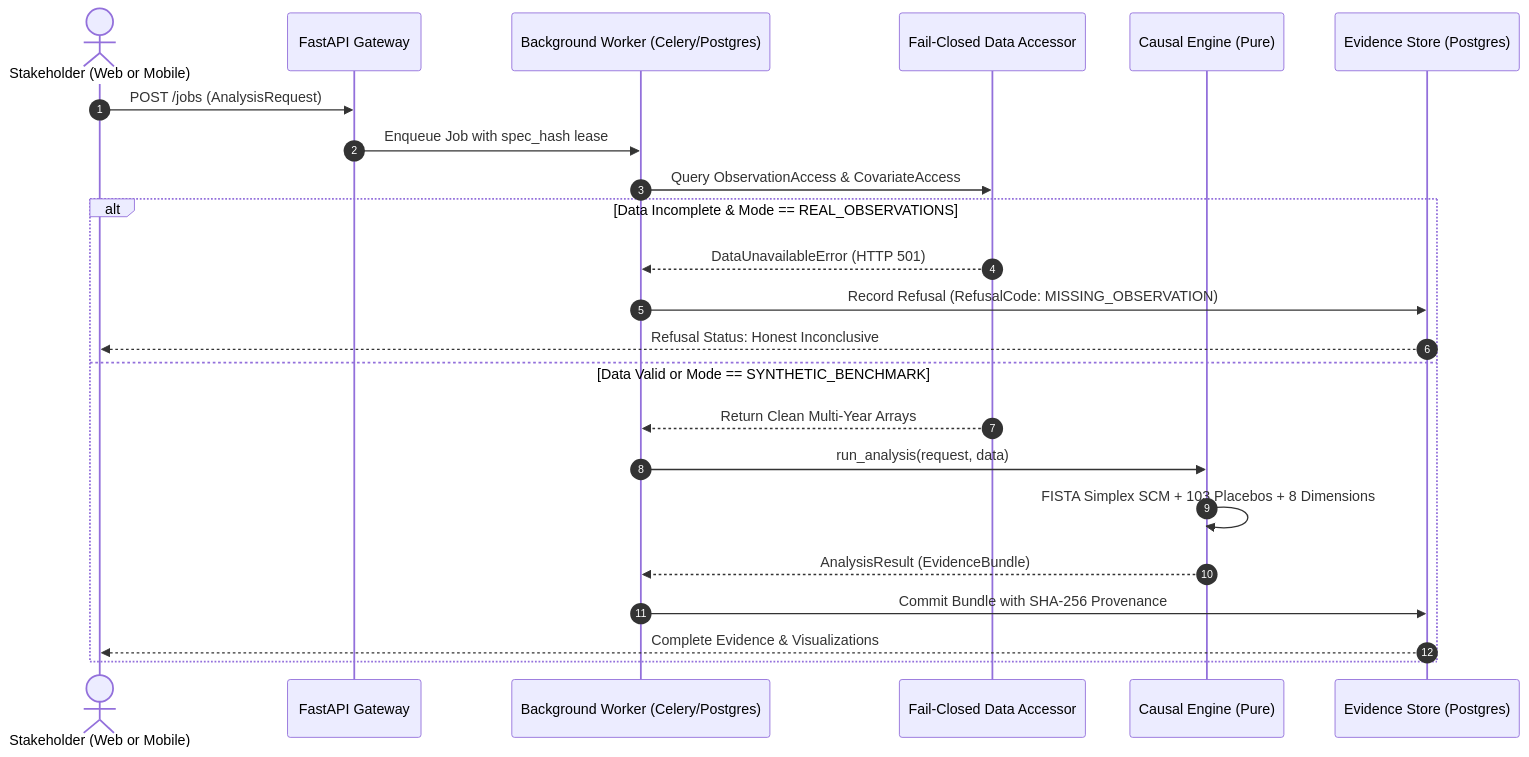
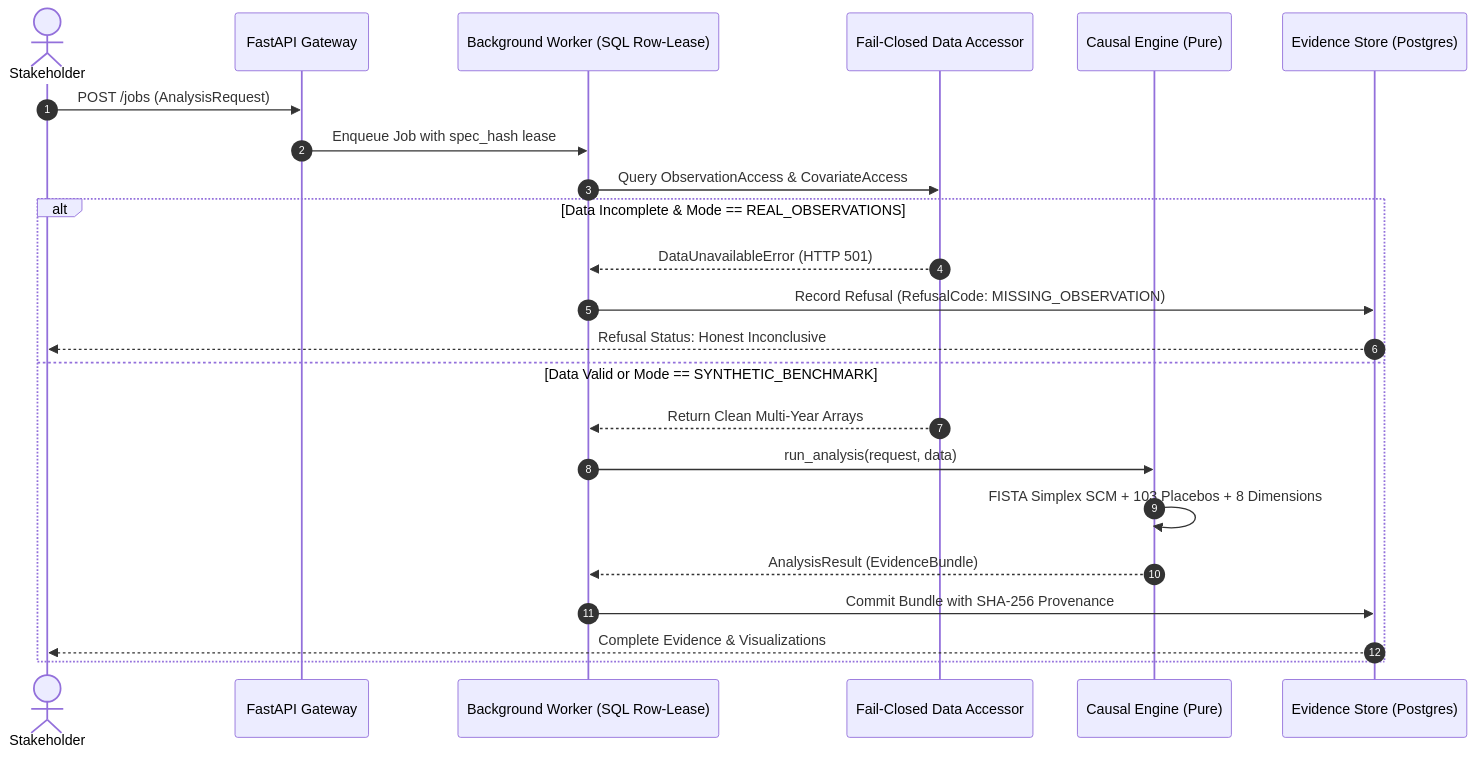
Before and after one commit to Viraj281105/GroundTruth: the fourth of 6 diagrams in ARCHITECTURE.md, drawn with Mermaid. The commit also changed other lines of this file and 71 other files, not shown here.

````diff
--- a/ARCHITECTURE.md
+++ b/ARCHITECTURE.md
@@ -195,26 +194,26 @@
 ```mermaid
 sequenceDiagram
     autonumber
-    actor User as Stakeholder (Web or Mobile)
+    actor User as Stakeholder
     participant API as FastAPI Gateway
-    participant Worker as Background Worker (Celery/Postgres)
+    participant Worker as Background Worker (SQL Row-Lease)
     participant Gateway as Fail-Closed Data Accessor
     participant Engine as Causal Engine (Pure)
     participant Store as Evidence Store (Postgres)
 
     User->>API: POST /jobs (AnalysisRequest)
     API->>Worker: Enqueue Job with spec_hash lease
     Worker->>Gateway: Query ObservationAccess & CovariateAccess
     alt Data Incomplete & Mode == REAL_OBSERVATIONS
         Gateway-->>Worker: DataUnavailableError (HTTP 501)
         Worker->>Store: Record Refusal (RefusalCode: MISSING_OBSERVATION)
         Store-->>User: Refusal Status: Honest Inconclusive
     else Data Valid or Mode == SYNTHETIC_BENCHMARK
         Gateway-->>Worker: Return Clean Multi-Year Arrays
         Worker->>Engine: run_analysis(request, data)
         Engine->>Engine: FISTA Simplex SCM + 103 Placebos + 8 Dimensions
         Engine-->>Worker: AnalysisResult (EvidenceBundle)
         Worker->>Store: Commit Bundle with SHA-256 Provenance
         Store-->>User: Complete Evidence & Visualizations
     end
 ```
````
